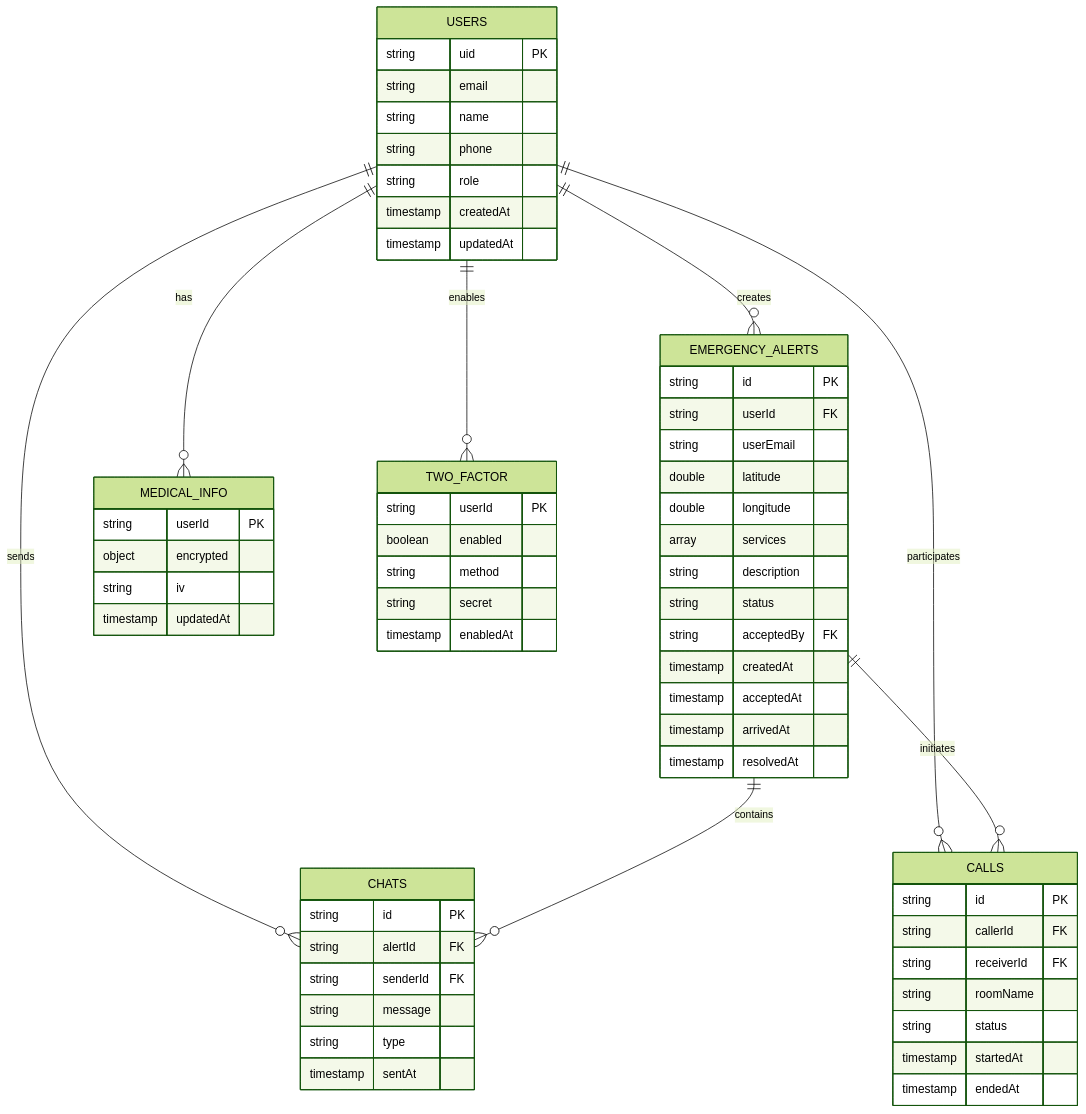
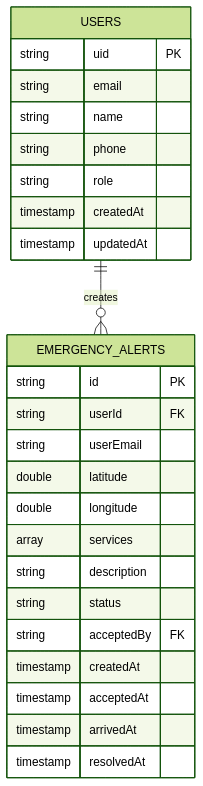
The eighth of 9 diagrams in ARCHITECTURE.md (sqd2/Lighthouse-Emergency-Response), drawn with Mermaid (forest theme) before and after one commit. The commit also changed other lines of this file and 1 other file, not shown here.

Commit message:
Fix ER diagram and update dates to 2025
Architecture diagram fixes:
- Fixed ER diagram to correctly show Firestore's hierarchical structure
- Removed incorrect representation of CALLS and CHATS as top-level collections
- Added clear explanation that medical, twoFactor, calls, and chats are
  nested subcollections, not separate entities with foreign keys
- Added tree-style visualization of the actual Firestore structure

Date corrections:
- Updated all dates from December 29, 2024 to December 29, 2025
- Fixed in both ARCHITECTURE.md and README.md

The ER diagram previously showed a traditional relational database structure
with foreign keys, but Firestore uses a hierarchical/document model where
subcollections are nested under parent documents. The corrected diagram now
accurately represents this structure.

````diff
--- a/ARCHITECTURE.md
+++ b/ARCHITECTURE.md
@@ -507,70 +507,29 @@
 ```mermaid
 erDiagram
     USERS ||--o{ EMERGENCY_ALERTS : creates
-    USERS ||--o{ MEDICAL_INFO : has
-    USERS ||--o{ TWO_FACTOR : enables
-    USERS ||--o{ CALLS : participates
-    USERS ||--o{ CHATS : sends
-    EMERGENCY_ALERTS ||--o{ CHATS : contains
-    EMERGENCY_ALERTS ||--o{ CALLS : initiates
-
     USERS {
         string uid PK
         string email
         string name
         string phone
         string role
         timestamp createdAt
         timestamp updatedAt
-    }
-
-    MEDICAL_INFO {
-        string userId PK
-        object encrypted
-        string iv
-        timestamp updatedAt
-    }
-
-    TWO_FACTOR {
-        string userId PK
-        boolean enabled
-        string method
-        string secret
-        timestamp enabledAt
     }
 
     EMERGENCY_ALERTS {
         string id PK
         string userId FK
         string userEmail
         double latitude
         double longitude
         array services
         string description
         string status
         string acceptedBy FK
         timestamp createdAt
         timestamp acceptedAt
         timestamp arrivedAt
         timestamp resolvedAt
     }
-
-    CALLS {
-        string id PK
-        string callerId FK
-        string receiverId FK
-        string roomName
-        string status
-        timestamp startedAt
-        timestamp endedAt
-    }
-
-    CHATS {
-        string id PK
-        string alertId FK
-        string senderId FK
-        string message
-        string type
-        timestamp sentAt
-    }
 ```
````
